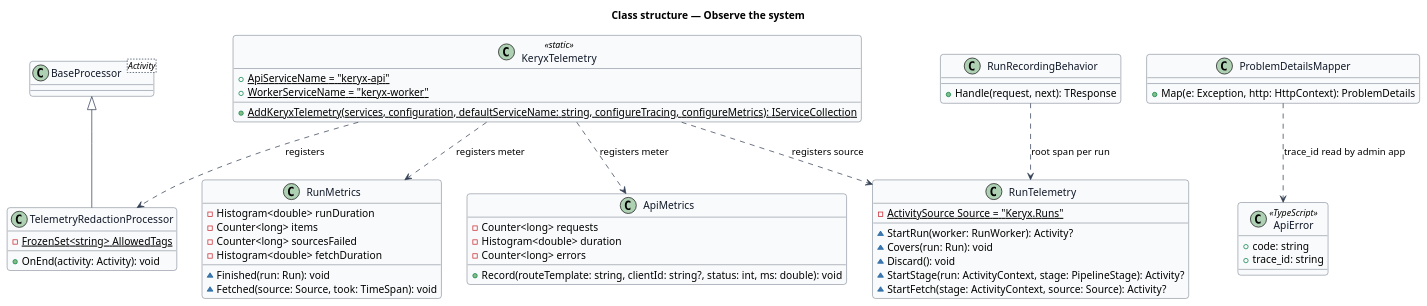
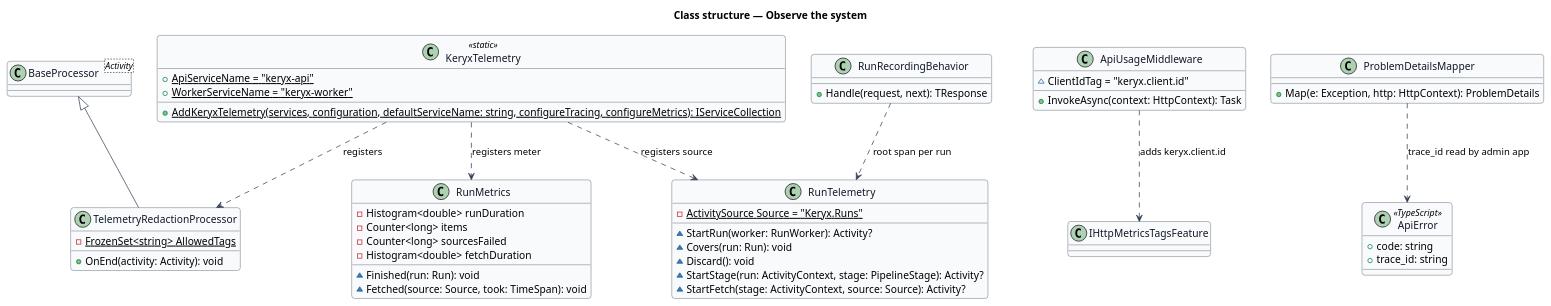
Before and after one commit to QuinntyneBrown/keryx: the diagram in docs/detailed-designs/operations/observe-the-system/diagrams/class-structure.puml, drawn with PlantUML. The commit also changed 10 other files, not shown here.

First line of the commit message:
Measure and trace consumer requests by route template and client

```diff
--- a/docs/detailed-designs/operations/observe-the-system/diagrams/class-structure.puml
+++ b/docs/detailed-designs/operations/observe-the-system/diagrams/class-structure.puml
@@ -1,66 +1,64 @@
 @startuml
 ' --- shared skin header ---
 skinparam backgroundColor #FFFFFF
 skinparam shadowing false
 skinparam roundcorner 8
 skinparam defaultFontName Arial
 skinparam ArrowColor #344054
 skinparam class {
   BorderColor #344054
   FontColor #101828
   BackgroundColor #F9FAFB
 }
 ' --------------------------
 title Class structure — Observe the system
 
 class KeryxTelemetry <<static>> {
   +{static} ApiServiceName = "keryx-api"
   +{static} WorkerServiceName = "keryx-worker"
   +{static} AddKeryxTelemetry(services, configuration, defaultServiceName: string, configureTracing, configureMetrics): IServiceCollection
 }
 class TelemetryRedactionProcessor {
   -{static} FrozenSet<string> AllowedTags
   +OnEnd(activity: Activity): void
 }
 class RunTelemetry {
   -{static} ActivitySource Source = "Keryx.Runs"
   ~StartRun(worker: RunWorker): Activity?
   ~Covers(run: Run): void
   ~Discard(): void
   ~StartStage(run: ActivityContext, stage: PipelineStage): Activity?
   ~StartFetch(stage: ActivityContext, source: Source): Activity?
 }
 class RunRecordingBehavior {
   +Handle(request, next): TResponse
 }
 class RunMetrics {
   -Histogram<double> runDuration
   -Counter<long> items
   -Counter<long> sourcesFailed
   -Histogram<double> fetchDuration
   ~Finished(run: Run): void
   ~Fetched(source: Source, took: TimeSpan): void
 }
-class ApiMetrics {
-  -Counter<long> requests
-  -Histogram<double> duration
-  -Counter<long> errors
-  +Record(routeTemplate: string, clientId: string?, status: int, ms: double): void
+class ApiUsageMiddleware {
+  ~ClientIdTag = "keryx.client.id"
+  +InvokeAsync(context: HttpContext): Task
 }
 class ProblemDetailsMapper {
   +Map(e: Exception, http: HttpContext): ProblemDetails
 }
 class "BaseProcessor<Activity>" as BP
 class ApiError <<TypeScript>> {
   +code: string
   +trace_id: string
 }
 
 BP <|-- TelemetryRedactionProcessor
 KeryxTelemetry ..> TelemetryRedactionProcessor : registers
 KeryxTelemetry ..> RunTelemetry : registers source
 RunRecordingBehavior ..> RunTelemetry : root span per run
 KeryxTelemetry ..> RunMetrics : registers meter
-KeryxTelemetry ..> ApiMetrics : registers meter
+ApiUsageMiddleware ..> IHttpMetricsTagsFeature : adds keryx.client.id
 ProblemDetailsMapper ..> ApiError : trace_id read by admin app
 @enduml
```
